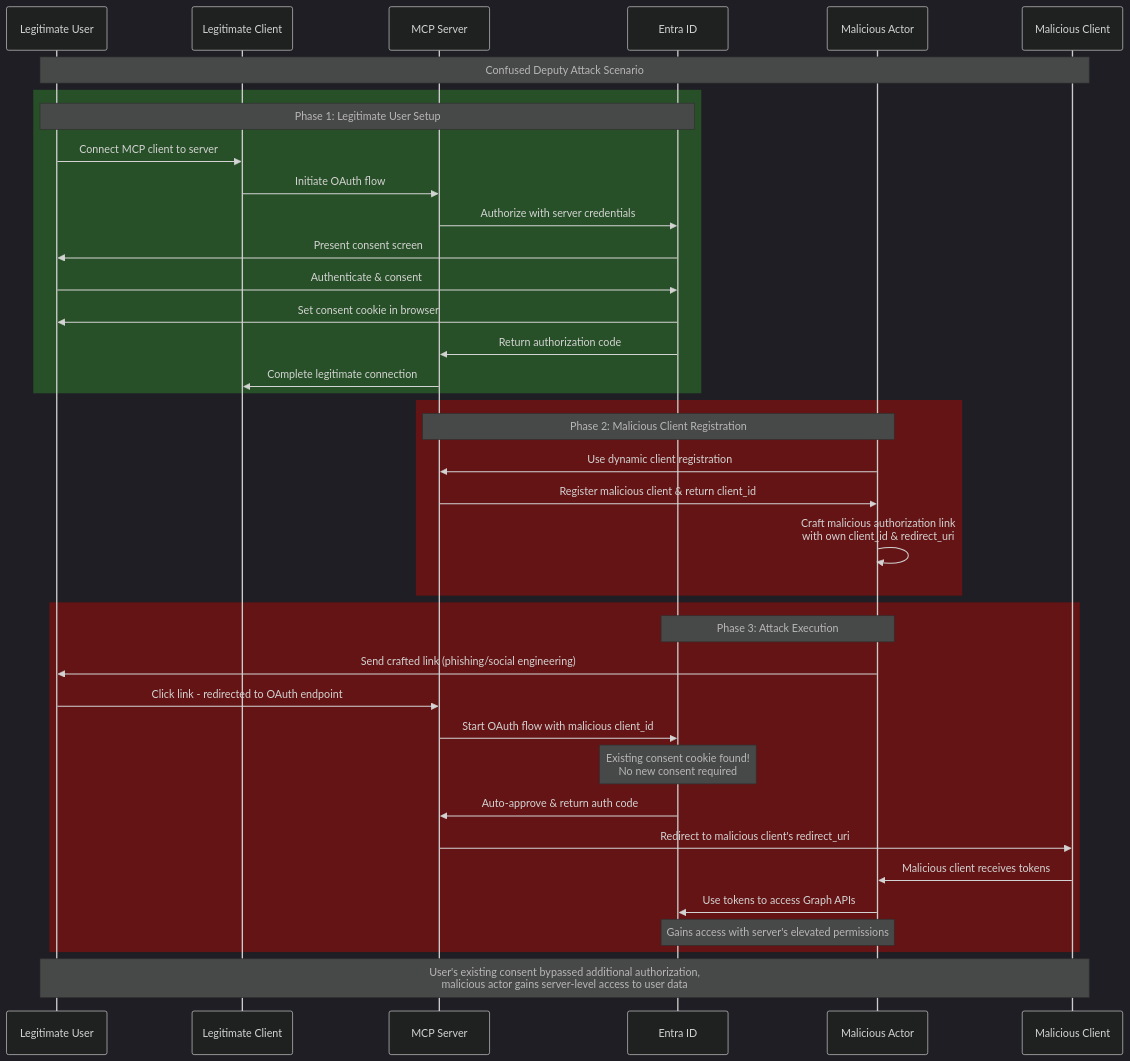
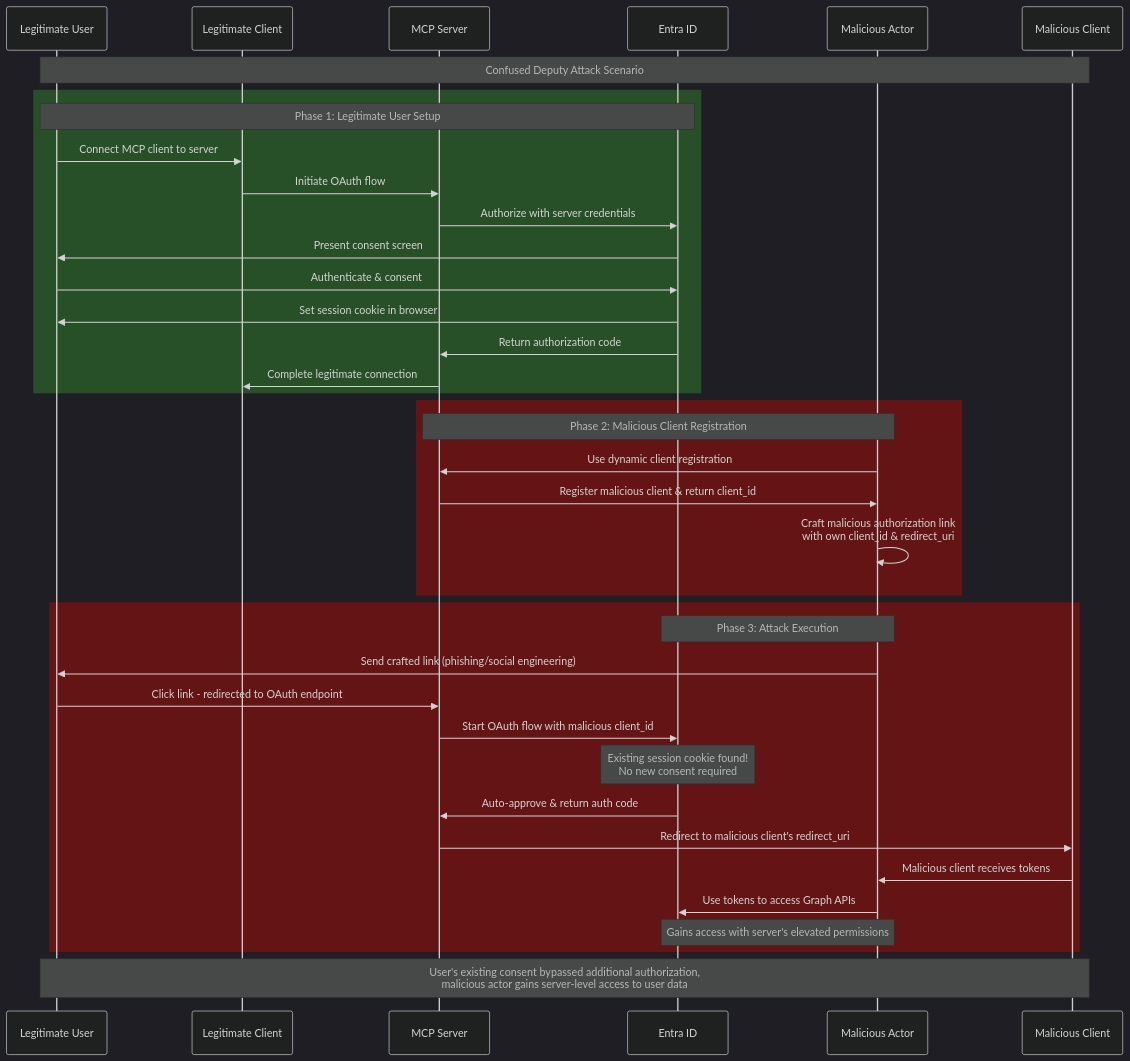
Before and after one commit to sean-tate/fastmcp-python-oauth2-with-entra-id: the diagram in README.md, drawn with Mermaid. The commit also changed other lines of this file, not shown here.

Commit message:
Changed Entra cookie reference from consent to session.

````diff
--- a/README.md
+++ b/README.md
@@ -101,49 +101,49 @@
 ```mermaid
 %%{init: {'theme':'dark'}}%%
 sequenceDiagram
     participant U as Legitimate User
     participant LC as Legitimate Client
     participant MS as MCP Server
     participant EA as Entra ID
     participant MA as Malicious Actor
     participant MC as Malicious Client
 
     Note over U,MC: Confused Deputy Attack Scenario
 
     %% Step 1: Legitimate user setup
     rect rgb(40, 80, 40)
         Note over U,EA: Phase 1: Legitimate User Setup
         U->>LC: Connect MCP client to server
         LC->>MS: Initiate OAuth flow
         MS->>EA: Authorize with server credentials
         EA->>U: Present consent screen
         U->>EA: Authenticate & consent
-        EA->>U: Set consent cookie in browser
+        EA->>U: Set session cookie in browser
         EA->>MS: Return authorization code
         MS->>LC: Complete legitimate connection
     end
 
     %% Step 2: Malicious actor preparation
     rect rgb(100, 20, 20)
         Note over MA,MS: Phase 2: Malicious Client Registration
         MA->>MS: Use dynamic client registration
         MS->>MA: Register malicious client & return client_id
         MA->>MA: Craft malicious authorization link<br/>with own client_id & redirect_uri
     end
 
     %% Step 3: Attack execution
     rect rgb(100, 20, 20)
         Note over MA,EA: Phase 3: Attack Execution
         MA->>U: Send crafted link (phishing/social engineering)
         U->>MS: Click link - redirected to OAuth endpoint
         MS->>EA: Start OAuth flow with malicious client_id
-        Note over EA: Existing consent cookie found!<br/>No new consent required
+        Note over EA: Existing session cookie found!<br/>No new consent required
         EA->>MS: Auto-approve & return auth code
         MS->>MC: Redirect to malicious client's redirect_uri
         MC->>MA: Malicious client receives tokens
         MA->>EA: Use tokens to access Graph APIs
         Note over MA,EA: Gains access with server's elevated permissions
     end
     
     Note over U,MC: User's existing consent bypassed additional authorization,<br/>malicious actor gains server-level access to user data
 ```
````
